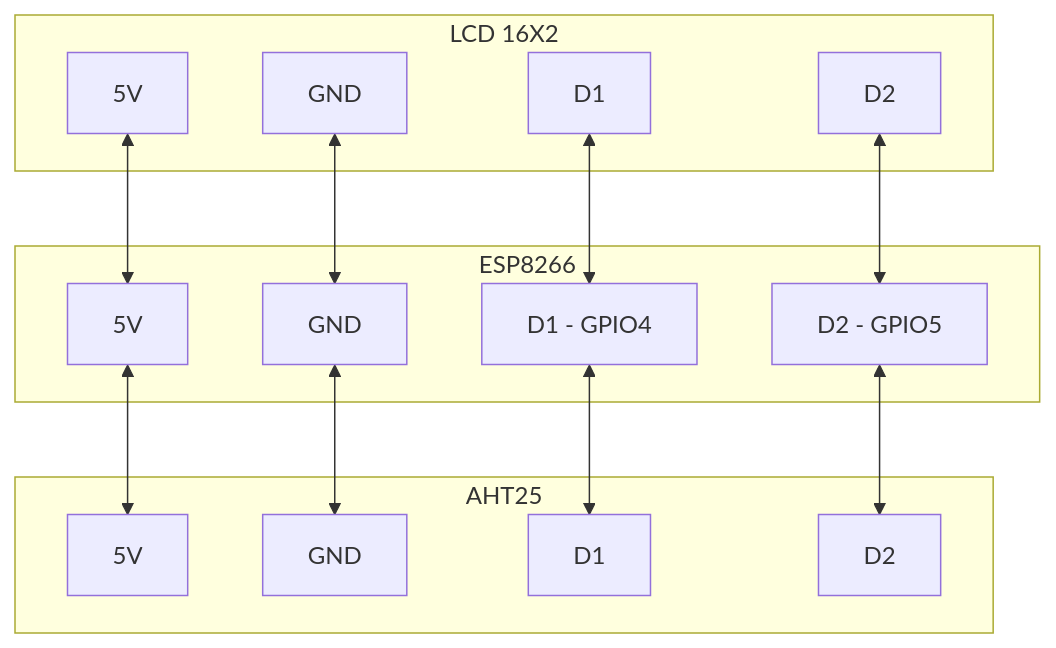
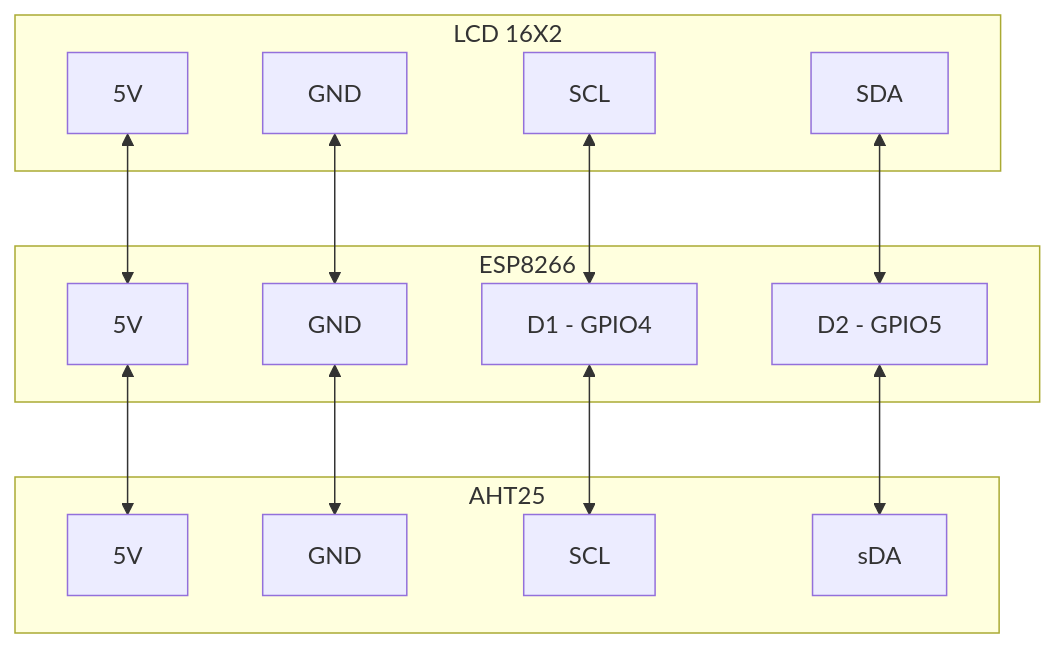
The diagram in wemos-d1-r2/temp_monitor/Readme.md (raushanraja/IOTExmaples), drawn with Mermaid before and after one commit.

````diff
--- a/wemos-d1-r2/temp_monitor/Readme.md
+++ b/wemos-d1-r2/temp_monitor/Readme.md
@@ -7,43 +7,36 @@
 ```mermaid
 graph TD
 
     A <--> I
     B <--> J
     C <--> K
     D <--> L
 
     E <--> A
     F <--> B
     G <--> C 
     H <--> D
 
-
     subgraph LCD 16X2
-
     E[5V]
     F[GND]
-    G[D1]
-    H[D2]
+    G[SCL]
+    H[SDA]
   
     end
 
-    
     subgraph ESP8266
-
     A[5V]
     B[GND]
     C[D1 - GPIO4]
     D[D2 - GPIO5]
 
     end
 
-
     subgraph AHT25
-
     I[5V]
     J[GND]
-    K[D1] 
-    L[D2]
-  
+    K[SCL] 
+    L[sDA]
     end
 ```
````
